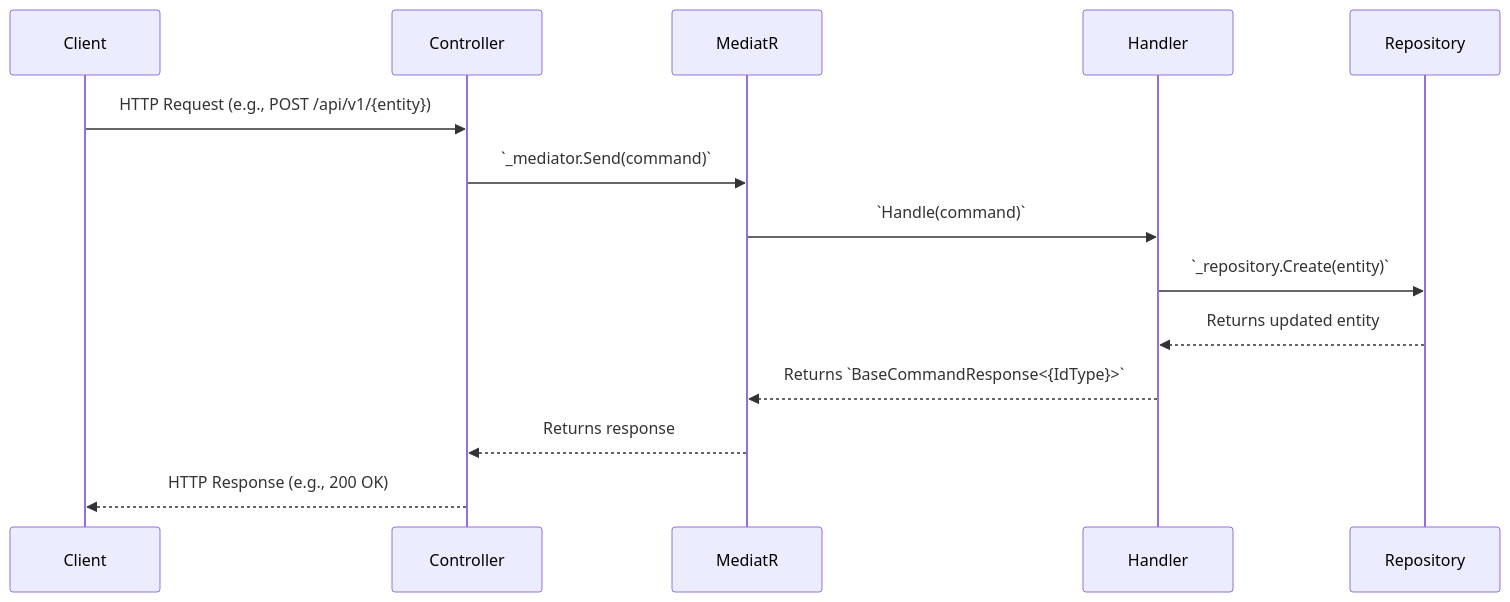
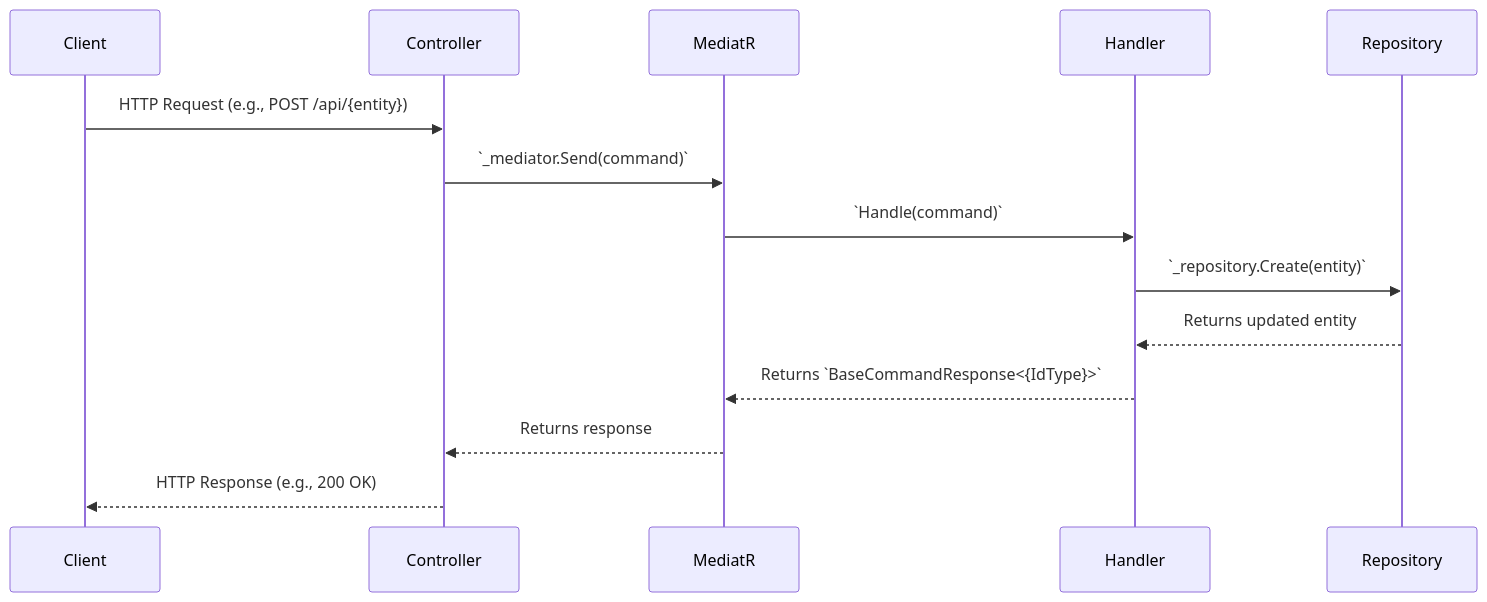
Before and after one commit to islamu-ngo/Explore: the second of 3 diagrams in docs/ARCHITECTURE.md, drawn with Mermaid. The commit also changed other lines of this file and 155 other files, not shown here.

````diff
--- a/docs/ARCHITECTURE.md
+++ b/docs/ARCHITECTURE.md
@@ -112,17 +112,17 @@
 ```mermaid
 sequenceDiagram
     participant Client
     participant Controller
     participant MediatR
     participant Handler
     participant Repository
 
-    Client->>Controller: HTTP Request (e.g., POST /api/v1/{entity})
+    Client->>Controller: HTTP Request (e.g., POST /api/{entity})
     Controller->>MediatR: `_mediator.Send(command)`
     MediatR->>Handler: `Handle(command)`
     Handler->>Repository: `_repository.Create(entity)`
     Repository-->>Handler: Returns updated entity
     Handler-->>MediatR: Returns `BaseCommandResponse<{IdType}>`
     MediatR-->>Controller: Returns response
     Controller-->>Client: HTTP Response (e.g., 200 OK)
 ```
````
